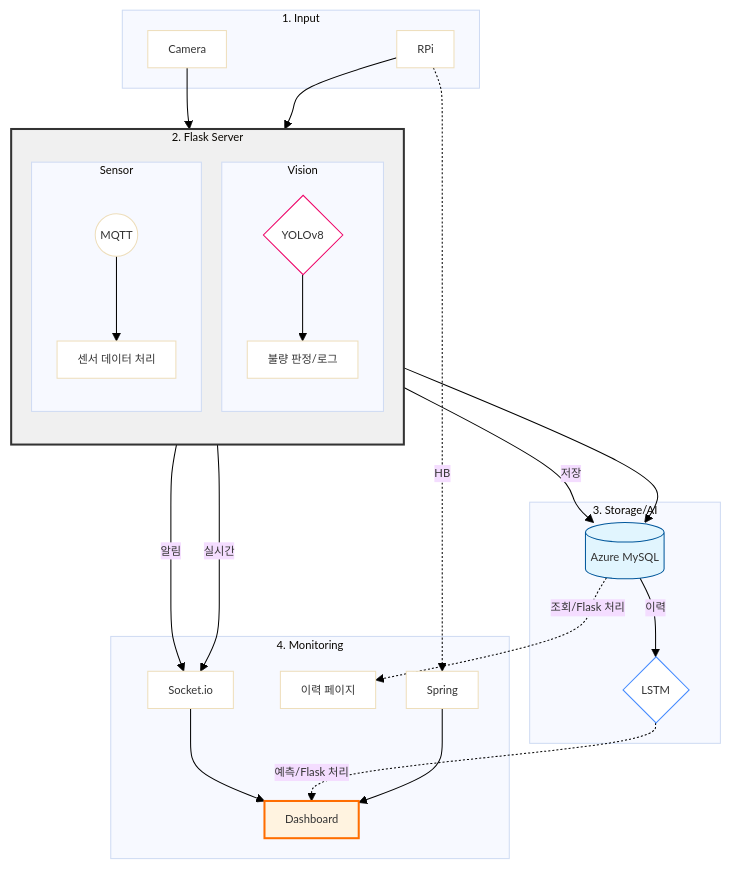
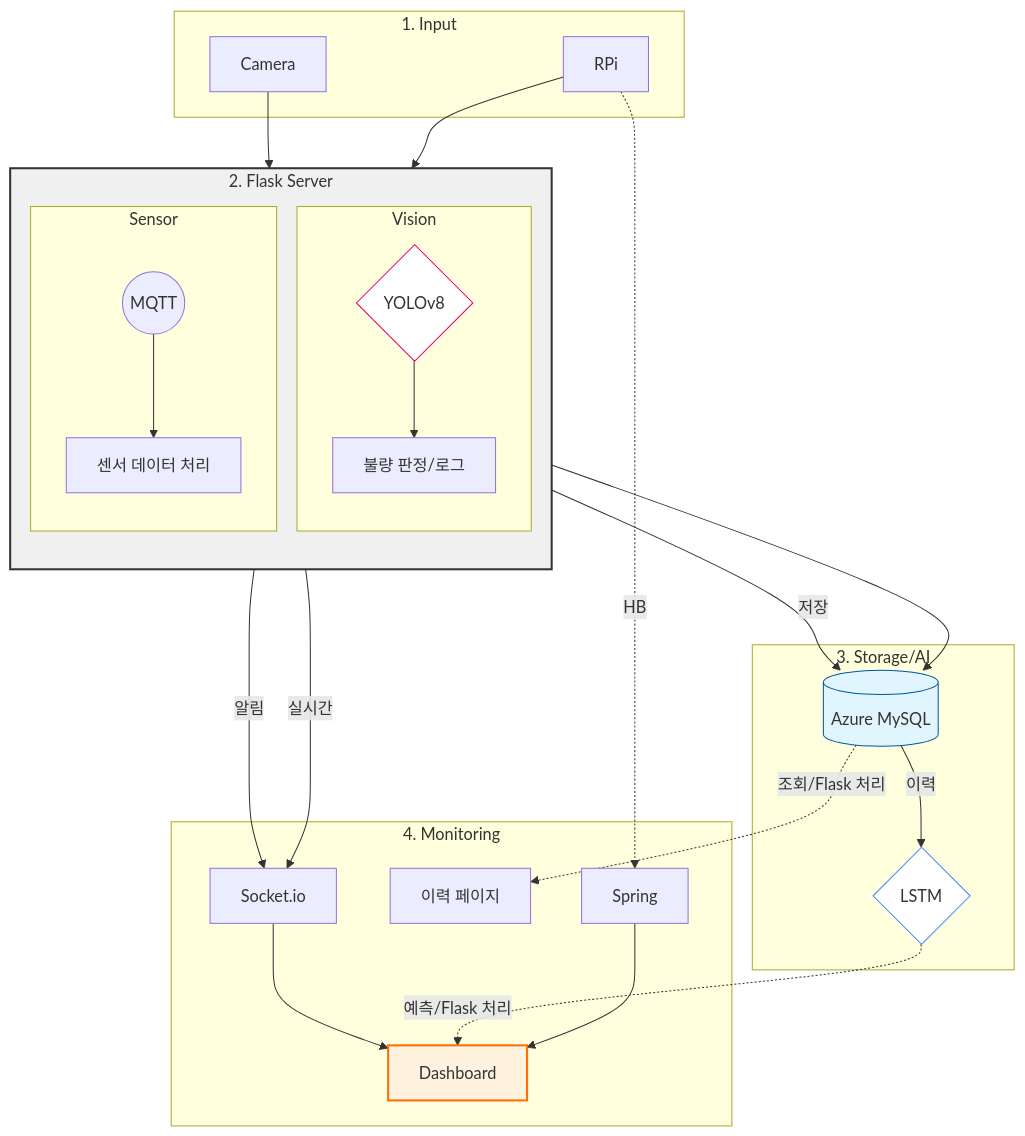
The diagram in README.md (betterproject-dev/spider_front), drawn with Mermaid before and after one commit.

Commit message:
Readme 최종 수정
Updated Mermaid chart theme in README.md

````diff
--- a/README.md
+++ b/README.md
@@ -100,50 +100,50 @@
 ```mermaid
-%%{init: {'theme':'base', 'themeVariables': {'fontSize':'11px', 'mainBkg': '#ffffff', 'canvasBkg': '#ffffff', 'background': '#ffffff'}, 'flowchart': {'nodeSpacing': 30, 'rankSpacing': 40, 'padding': 10}}}%%
+%%{init: {'theme':''default', 'themeVariables': {'fontSize':'11px', 'mainBkg': '#ffffff', 'canvasBkg': '#ffffff', 'background': '#ffffff'}, 'flowchart': {'nodeSpacing': 30, 'rankSpacing': 40, 'padding': 15}}}%%
 graph TD
     %% 1. Data Collection
     subgraph IN ["1. Input"]
         CAM[Camera]
         RPi[RPi]
     end
     %% 2. Central Controller (Flask)
     subgraph CC ["2. Flask Server"]
         direction TB
         subgraph VP ["Vision"]
             YOLO{"YOLOv8"} --> YL[불량 판정/로그]
         end
         subgraph SP ["Sensor"]
             MQ((MQTT)) --> SPc[센서 데이터 처리]
         end
     end
     %% 3. Storage & AI
     subgraph ST ["3. Storage/AI"]
         DB[(Azure MySQL)]
         LSTM{"LSTM"}
     end
     %% 4. Monitoring
     subgraph MN ["4. Monitoring"]
         SIO[Socket.io]
         UI[Dashboard]
         UL[이력 페이지]
         SB[Spring]
     end
     %% Flow
     CAM --> YOLO
     YL -->|알림| SIO
     YL -->|저장| DB
     SIO --> UI
     RPi --> MQ
     SPc --> DB
     SPc -->|실시간| SIO
     DB -->|이력| LSTM
     LSTM -.->|예측/Flask 처리| UI
     DB -.->|조회/Flask 처리| UL
     RPi -.->|HB| SB
     SB --> UI
     %% 스타일링
     style CC fill:#f0f0f0,stroke:#333,stroke-width:2px
     style YOLO fill:#fff,stroke:#e06,stroke-width:1px
     style LSTM fill:#fff,stroke:#448aff,stroke-width:1px
     style DB fill:#e1f5fe,stroke:#01579b
     style UI fill:#fff3e0,stroke:#ff6d00,stroke-width:2px
 ```
````
